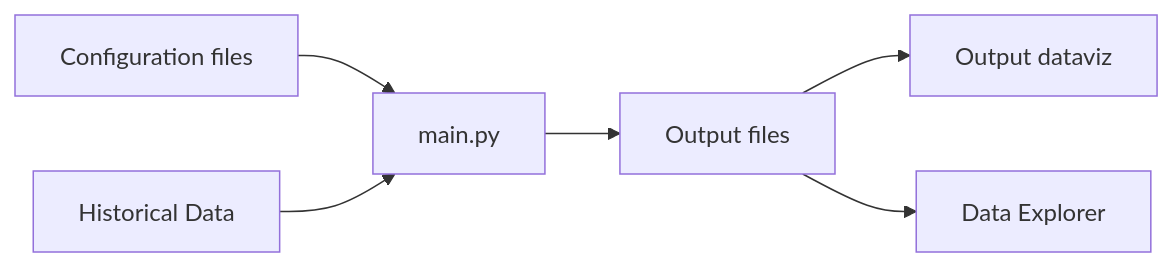
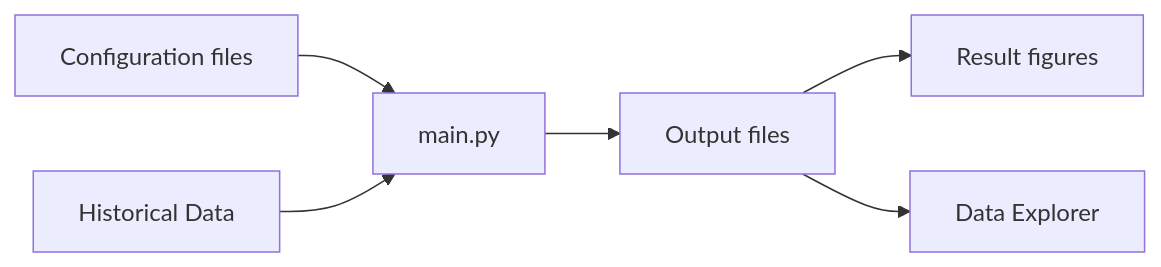
The first of 3 diagrams in README.md (Epic-Institute/positive-disruption), drawn with Mermaid before and after one commit. The commit also changed 19 other files, not shown here.

````diff
--- a/README.md
+++ b/README.md
@@ -2,8 +2,8 @@
 ```mermaid
 graph LR
    A[Configuration files]--> G[main.py]
    B[Historical Data] --> G
    G --> I[Output files]
-   I-->J[Output dataviz]
+   I-->J[Result figures]
    I-->O[Data Explorer]
 ```
````
